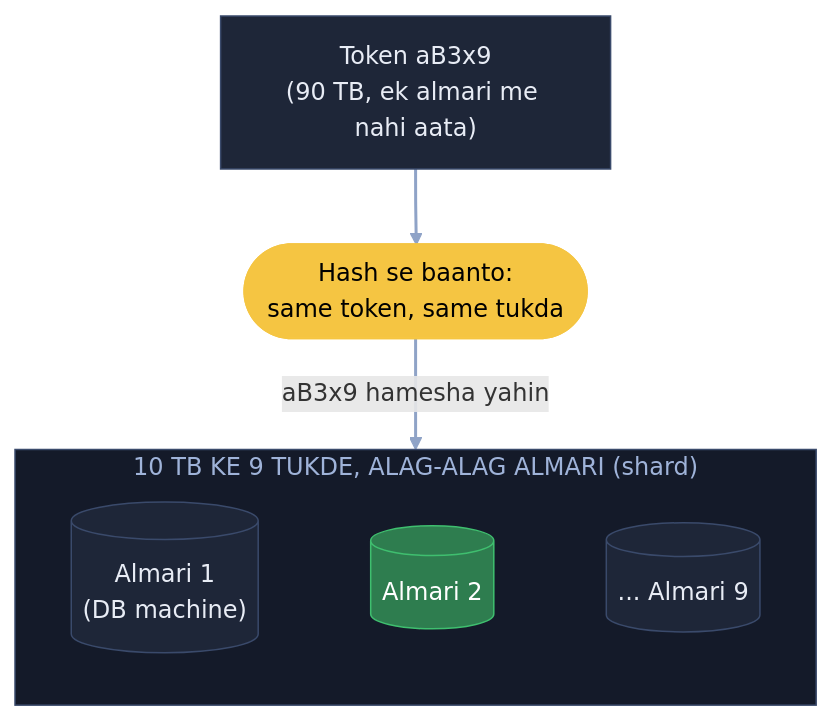
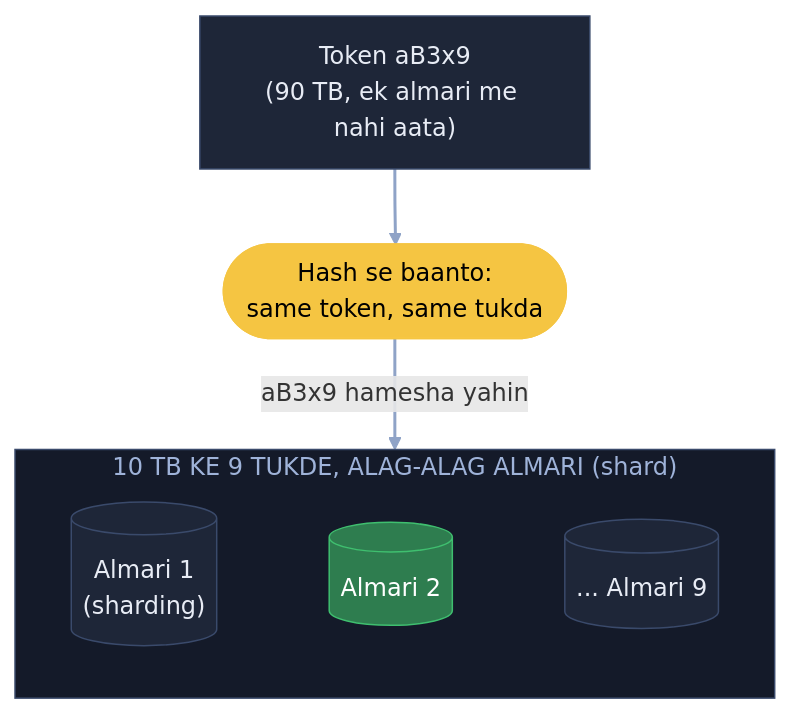
The eighth of 14 diagrams in 04_HLD/SYSTEM_DESIGNS/01_url_shortener/01_url_shortener.md (ArpanMaheshwari144/Prep), drawn with Mermaid before and after one commit. The commit also changed other lines of this file and 20 other files, not shown here.

Commit message:
Diagram: sirf hand notes wale naam rahe (66 apne joda naam hataye); README 22-Nov tak update

````diff
--- a/04_HLD/SYSTEM_DESIGNS/01_url_shortener/01_url_shortener.md
+++ b/04_HLD/SYSTEM_DESIGNS/01_url_shortener/01_url_shortener.md
@@ -297,21 +297,21 @@
 ```mermaid
 flowchart TB
     T["Token aB3x9<br/>(90 TB, ek almari me nahi aata)"]:::card
     H(["Hash se baanto:<br/>same token, same tukda"]):::pill
     subgraph SH["10 TB KE 9 TUKDE, ALAG-ALAG ALMARI (shard)"]
         direction LR
-        A1[("Almari 1<br/>(DB machine)")]:::card
+        A1[("Almari 1<br/>(sharding)")]:::card
         A2[("Almari 2")]:::good
         A9[("... Almari 9")]:::card
         A1 ~~~ A2 ~~~ A9
     end
     T --> H
     H -- "aB3x9 hamesha yahin" --> A2
     linkStyle default stroke:#8fa3c7,stroke-width:2px
     linkStyle 0,1 stroke-width:0px
     classDef card fill:#1e2638,stroke:#3a4a6b,color:#e8ecf5
     classDef pill fill:#f5c542,stroke:#f5c542,color:#000
     classDef good fill:#2e7d4f,stroke:#3fbf6f,color:#fff
     classDef bad fill:#5c1f24,stroke:#e05561,color:#fff
     style SH fill:#141a29,stroke:#3a4a6b,color:#9fb3d9
 ```
````
